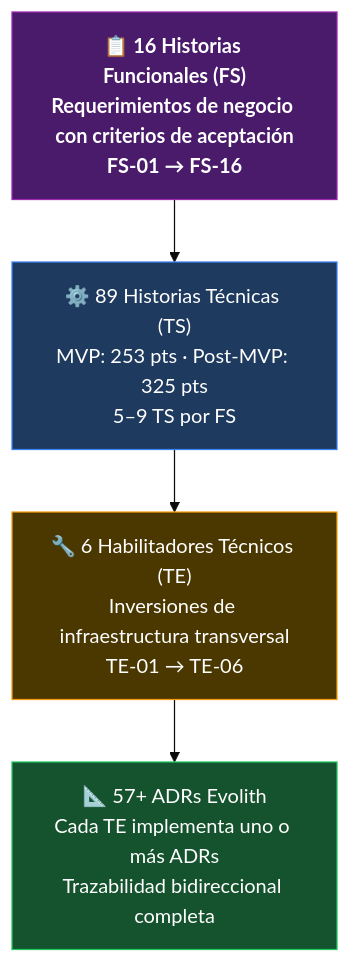
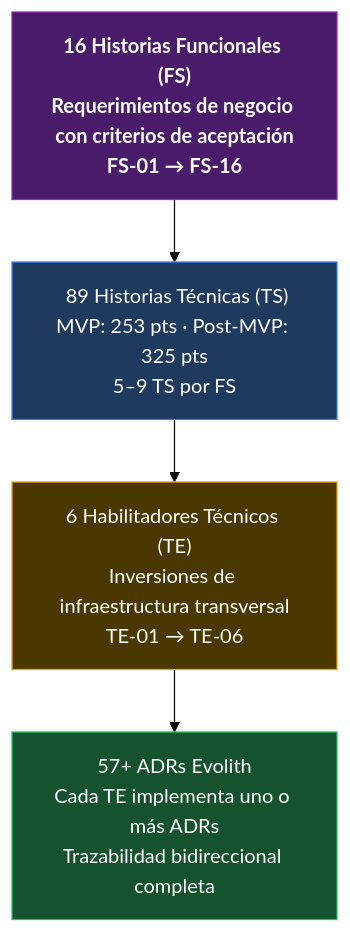
One commit to beyondnetcode/evolith_arch32 changed the seventh of 7 diagrams in reference/knowledge/demo/ums-technical-overview.es.md. Above: the diagram before and after it, drawn with Mermaid (base theme). The commit also changed other lines of this file and 41 other files, not shown here.

````diff
--- a/reference/knowledge/demo/ums-technical-overview.es.md
+++ b/reference/knowledge/demo/ums-technical-overview.es.md
@@ -311,14 +311,14 @@
 ```mermaid
 flowchart TD
     classDef fs fill:#4a1a6b,stroke:#9c27b0,color:#fff,font-weight:bold
     classDef ts fill:#1e3a5f,stroke:#3b82f6,color:#fff
     classDef te fill:#4a3800,stroke:#f59e0b,color:#fff
     classDef adr fill:#14532d,stroke:#22c55e,color:#fff
 
-    FS_BOX["📋 16 Historias Funcionales (FS)\nRequerimientos de negocio con criterios de aceptación\nFS-01 → FS-16"]:::fs
-    TS_BOX["⚙️ 89 Historias Técnicas (TS)\nMVP: 253 pts · Post-MVP: 325 pts\n5–9 TS por FS"]:::ts
-    TE_BOX["🔧 6 Habilitadores Técnicos (TE)\nInversiones de infraestructura transversal\nTE-01 → TE-06"]:::te
-    ADR_BOX["📐 57+ ADRs Evolith\nCada TE implementa uno o más ADRs\nTrazabilidad bidireccional completa"]:::adr
+    FS_BOX[" 16 Historias Funcionales (FS)\nRequerimientos de negocio con criterios de aceptación\nFS-01 → FS-16"]:::fs
+    TS_BOX["️ 89 Historias Técnicas (TS)\nMVP: 253 pts · Post-MVP: 325 pts\n5–9 TS por FS"]:::ts
+    TE_BOX[" 6 Habilitadores Técnicos (TE)\nInversiones de infraestructura transversal\nTE-01 → TE-06"]:::te
+    ADR_BOX[" 57+ ADRs Evolith\nCada TE implementa uno o más ADRs\nTrazabilidad bidireccional completa"]:::adr
 
     FS_BOX --> TS_BOX --> TE_BOX --> ADR_BOX
 ```
````
